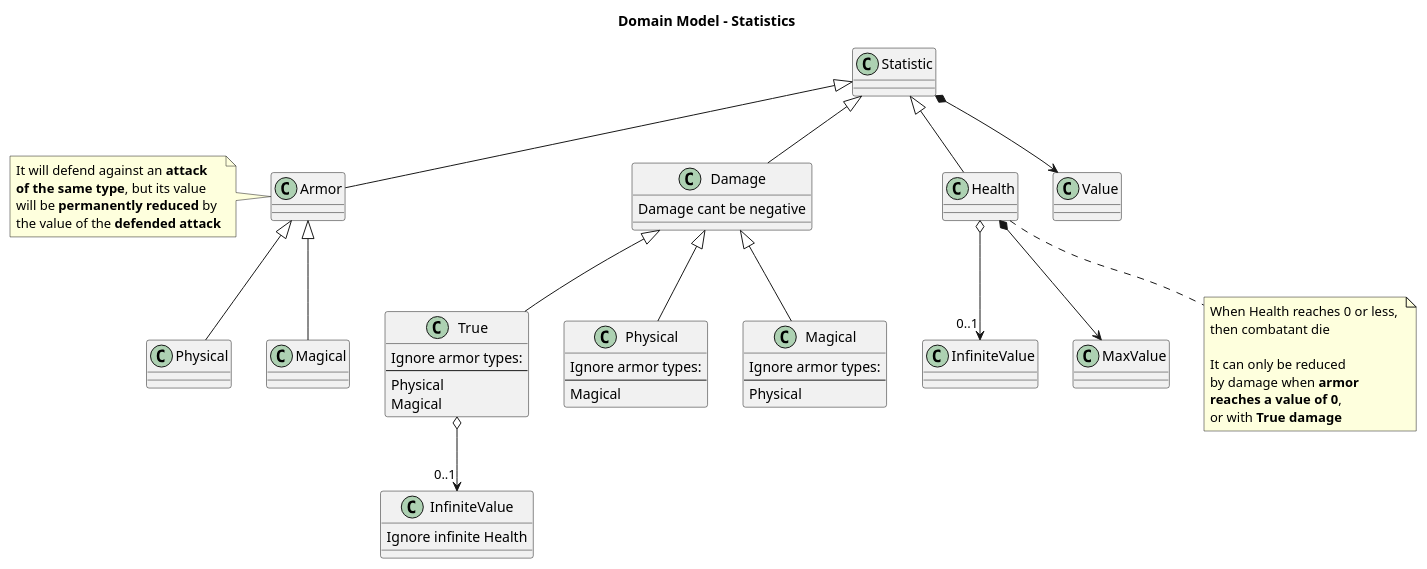
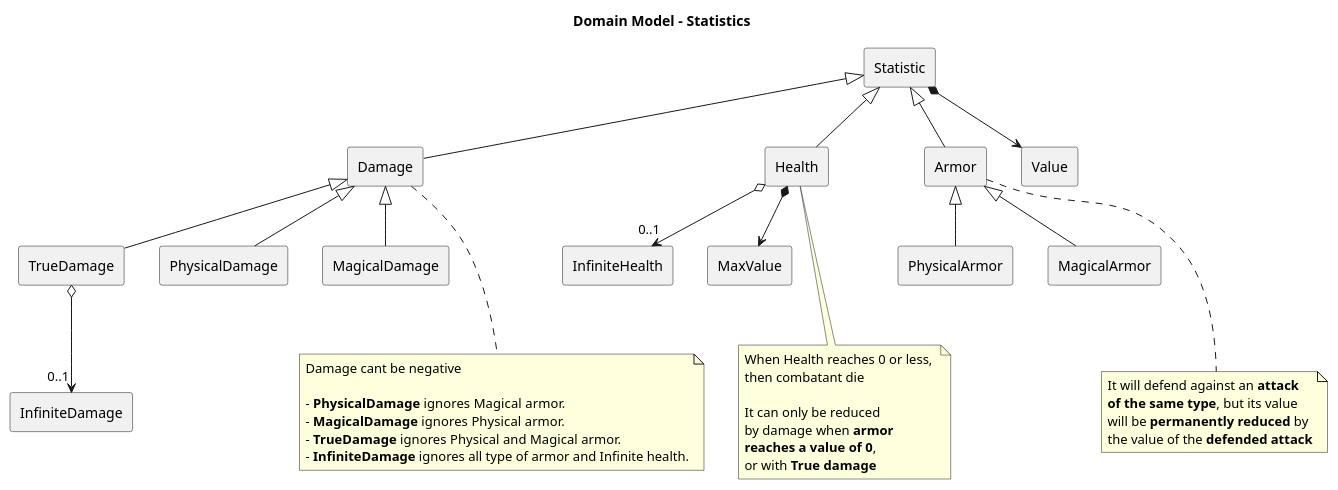
The diagram in docs/development/backend/diagrams/domain_model-statistics.plantuml (DainWs/Crazy-Random-Multiverse), drawn with PlantUML before and after one commit. The commit also changed 7 other files, not shown here.

Commit message:
Documentation: UML diagrams changes

```diff
--- a/docs/development/backend/diagrams/domain_model-statistics.plantuml
+++ b/docs/development/backend/diagrams/domain_model-statistics.plantuml
@@ -1,74 +1,68 @@
 @startuml
 title "Domain Model - Statistics"
 
-class Statistic
-class Damage {
- Damage cant be negative
-}
+rectangle Statistic
 
-class TrueDamage as "True" {
- Ignore armor types:
----
- Physical
- Magical
-}
+rectangle Damage
+rectangle TrueDamage
+rectangle PhysicalDamage
+rectangle MagicalDamage
+rectangle InfiniteDamage
 
-class PhysicalDamage as "Physical" {
- Ignore armor types:
----
- Magical
-}
+rectangle Health
+rectangle InfiniteHealth
+rectangle MaxValue
 
-class MagicalDamage as "Magical" {
- Ignore armor types:
----
- Physical
-}
+rectangle Armor
+rectangle PhysicalArmor
+rectangle MagicalArmor
 
-class InfiniteDamage as "InfiniteValue" {
- Ignore infinite Health
-}
-
-class Health
-class InfiniteHealth as "InfiniteValue"
-
-class Armor
-class PhysicalArmor as "Physical"
-class MagicalArmor as "Magical"
+rectangle Value
 
 Statistic *--> Value
 Statistic <|-- Damage
 Statistic <|-- Health
 Statistic <|-- Armor
 
 Damage <|-- TrueDamage
 Damage <|-- PhysicalDamage
 Damage <|-- MagicalDamage
 
 TrueDamage o--> "0..1" InfiniteDamage
 
 Health *--> MaxValue
 Health o--> "0..1" InfiniteHealth
 
 Armor <|-- PhysicalArmor
 Armor <|-- MagicalArmor
 
-note left of Armor
+note as DamageNote
+ Damage cant be negative
+ 
+ - **PhysicalDamage** ignores Magical armor.
+	- **MagicalDamage** ignores Physical armor.
+	- **TrueDamage** ignores Physical and Magical armor.
+	- **InfiniteDamage** ignores all type of armor and Infinite health.
+end note
+Damage ... DamageNote
+
+note as ArmorNote 
 	It will defend against an **attack** 
 	**of the same type**, but its value 
 	will be **permanently reduced** by 
 	the value of the **defended attack**
 end note
+Armor ... ArmorNote
 
 note as HealthNote
 	When Health reaches 0 or less, 
 	then combatant die
 
 	It can only be reduced 
 	by damage when **armor**
 	**reaches a value of 0**,
 	or with **True damage** 
 end note
-Health .. HealthNote
+Health ... HealthNote
 
 @enduml
```
